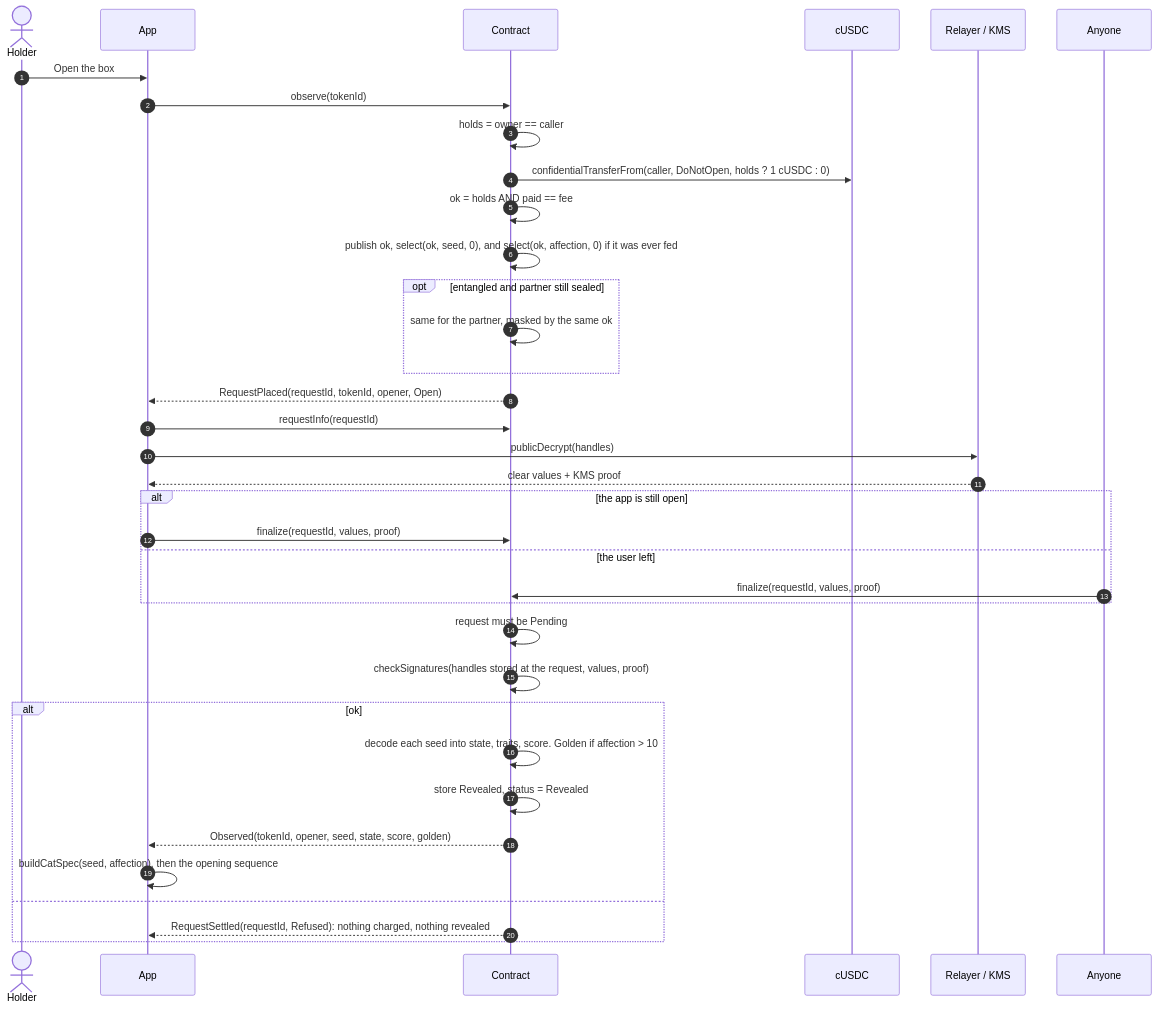
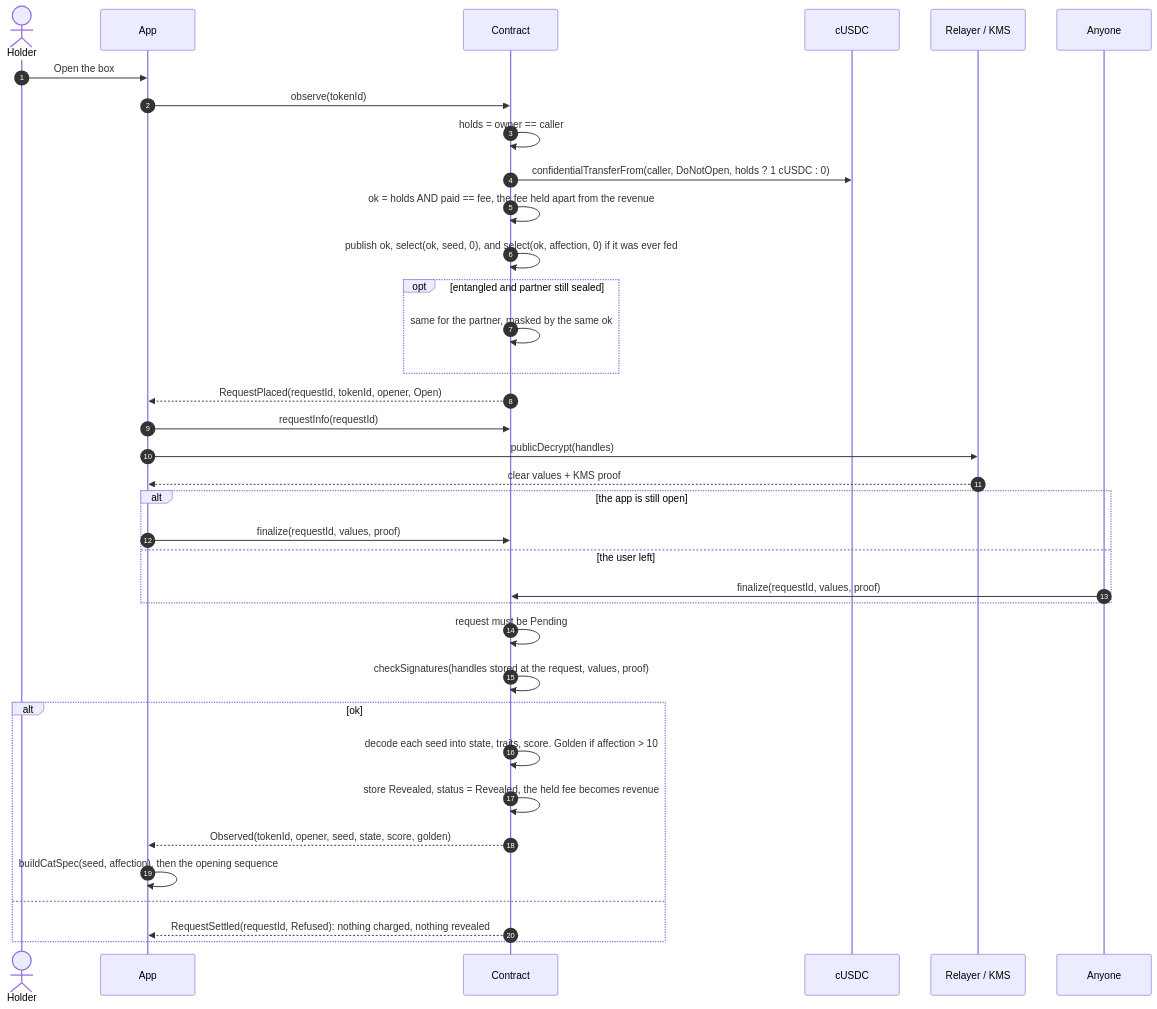
Before and after one commit to jecombe/do_not_open: the seventh of 25 diagrams in docs/FLOWS.md, drawn with Mermaid. The commit also changed other lines of this file and 35 other files, not shown here.

````diff
--- a/docs/FLOWS.md
+++ b/docs/FLOWS.md
@@ -223,38 +224,38 @@
 ```mermaid
 sequenceDiagram
   autonumber
   actor U as Holder
   participant App
   participant C as Contract
   participant K as cUSDC
   participant R as Relayer / KMS
   participant Any as Anyone
   U->>App: Open the box
   App->>C: observe(tokenId)
   C->>C: holds = owner == caller
   C->>K: confidentialTransferFrom(caller, DoNotOpen, holds ? 1 cUSDC : 0)
-  C->>C: ok = holds AND paid == fee
+  C->>C: ok = holds AND paid == fee, the fee held apart from the revenue
   C->>C: publish ok, select(ok, seed, 0), and select(ok, affection, 0) if it was ever fed
   opt entangled and partner still sealed
     C->>C: same for the partner, masked by the same ok
   end
   C-->>App: RequestPlaced(requestId, tokenId, opener, Open)
   App->>C: requestInfo(requestId)
   App->>R: publicDecrypt(handles)
   R-->>App: clear values + KMS proof
   alt the app is still open
     App->>C: finalize(requestId, values, proof)
   else the user left
     Any->>C: finalize(requestId, values, proof)
   end
   C->>C: request must be Pending
   C->>C: checkSignatures(handles stored at the request, values, proof)
   alt ok
     C->>C: decode each seed into state, traits, score. Golden if affection > 10
-    C->>C: store Revealed, status = Revealed
+    C->>C: store Revealed, status = Revealed, the held fee becomes revenue
     C-->>App: Observed(tokenId, opener, seed, state, score, golden)
     App->>App: buildCatSpec(seed, affection), then the opening sequence
   else
     C-->>App: RequestSettled(requestId, Refused): nothing charged, nothing revealed
   end
 ```
````
